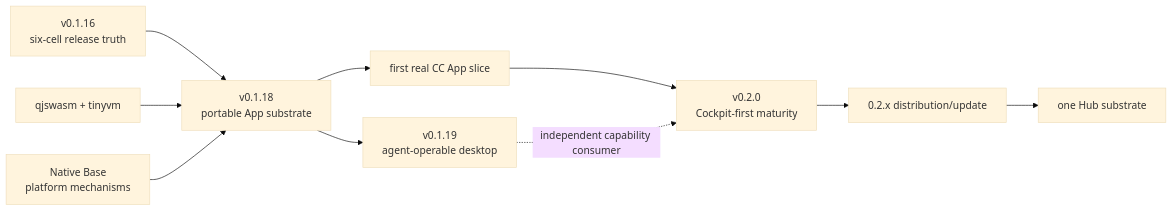
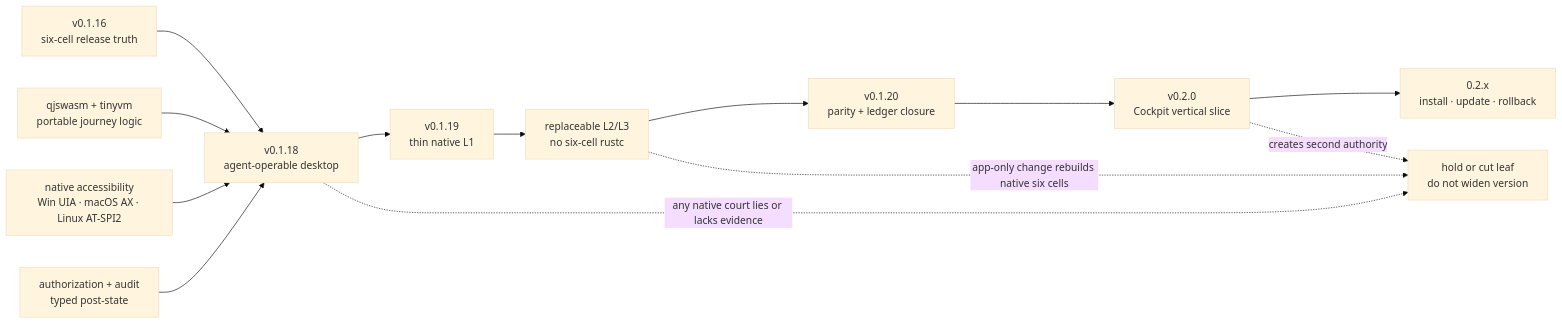
The diagram in prd/PRD_02_18_roadmap.md (partnernetsoftware/agenterm), drawn with Mermaid (base theme) before and after one commit. The commit also changed other lines of this file and 144 other files, not shown here.

First line of the commit message:
docs: compact roadmap and restore decision archives

````diff
--- a/prd/PRD_02_18_roadmap.md
+++ b/prd/PRD_02_18_roadmap.md
@@ -26,10 +44,23 @@
 ```mermaid
 flowchart LR
-  V16["v0.1.16<br/>six-cell release truth"] --> APP["v0.1.18<br/>portable App substrate"]
-  Q["qjswasm + tinyvm"] --> APP
-  N["Native Base<br/>platform mechanisms"] --> APP
-  APP --> CU["v0.1.19<br/>agent-operable desktop"]
-  APP --> CCS["first real CC App slice"] --> CC["v0.2.0<br/>Cockpit-first maturity"]
-  CU -. independent capability consumer .-> CC
-  CC --> D["0.2.x distribution/update"] --> H["one Hub substrate"]
+  V16["v0.1.16<br/>six-cell release truth"]
+  CU["v0.1.18<br/>agent-operable desktop"]
+  Q["qjswasm + tinyvm<br/>portable journey logic"]
+  A11Y["native accessibility<br/>Win UIA · macOS AX · Linux AT-SPI2"]
+  AUTH["authorization + audit<br/>typed post-state"]
+  L1["v0.1.19<br/>thin native L1"]
+  L2["replaceable L2/L3<br/>no six-cell rustc"]
+  CLOSE["v0.1.20<br/>parity + ledger closure"]
+  CC["v0.2.0<br/>Cockpit vertical slice"]
+  DIST["0.2.x<br/>install · update · rollback"]
+  HOLD["hold or cut leaf<br/>do not widen version"]
+
+  V16 --> CU
+  Q --> CU
+  A11Y --> CU
+  AUTH --> CU
+  CU --> L1 --> L2 --> CLOSE --> CC --> DIST
+  CU -. any native court lies or lacks evidence .-> HOLD
+  L2 -. app-only change rebuilds native six cells .-> HOLD
+  CC -. creates second authority .-> HOLD
 ```
````
